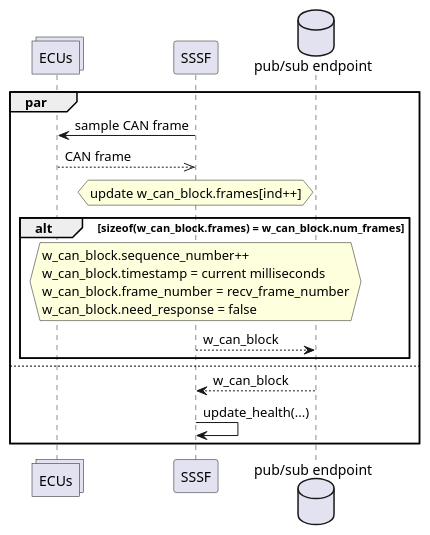
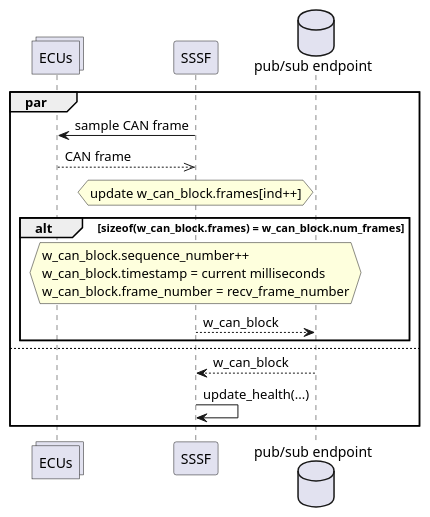
One commit to SystemsCyber/Software-Defined-Truck changed the diagram in Doc/Paper/images/can_exchange.wsd. Above: the diagram before and after it, drawn with PlantUML. The commit also changed 8 other files, not shown here.

```diff
--- a/Doc/Paper/images/can_exchange.wsd
+++ b/Doc/Paper/images/can_exchange.wsd
@@ -1,27 +1,26 @@
 @startuml
 collections ECUs
 participant SSSF
 database "pub/sub endpoint" as pbs
 par
 ECUs <- SSSF : sample CAN frame
 ECUs -->> SSSF: CAN frame
 hnote over SSSF
 update w_can_block.frames[ind++]
 ' if receieved frame ID in crititcal
 endhnote
 alt sizeof(w_can_block.frames) = w_can_block.num_frames
 hnote over SSSF
 w_can_block.sequence_number++
 w_can_block.timestamp = current milliseconds
 w_can_block.frame_number = recv_frame_number
-w_can_block.need_response = false
 endnote
 SSSF --> pbs: w_can_block
 end
 else
 SSSF <-- pbs: w_can_block
 SSSF -> SSSF: update_health(...)
 hnote over SSSF
 endhnote 
 end
 @enduml
```
